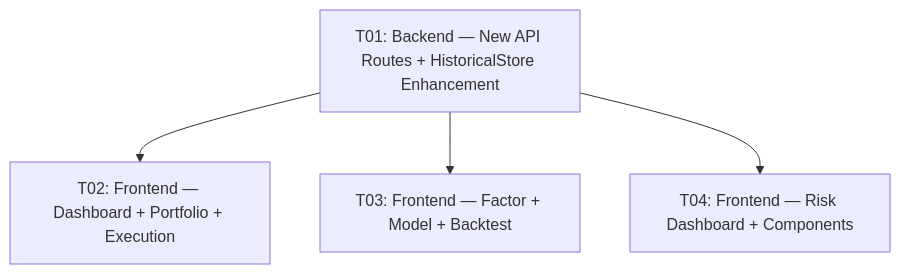
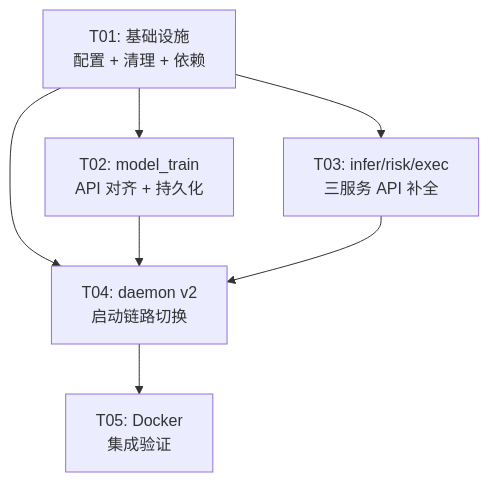
One commit to AndrewMa1992/quant-ai-trader changed the fourth of 4 diagrams in docs/system_design.md. Above: the diagram before and after it, drawn with Mermaid. The commit also changed other lines of this file and 2 other files, not shown here.

````diff
--- a/docs/system_design.md
+++ b/docs/system_design.md
@@ -549,11 +815,15 @@
 ```mermaid
 graph TD
-    T01["T01: Backend — New API Routes + HistoricalStore Enhancement"]
-    T02["T02: Frontend — Dashboard + Portfolio + Execution"]
-    T03["T03: Frontend — Factor + Model + Backtest"]
-    T04["T04: Frontend — Risk Dashboard + Components"]
+    T01["T01: 基础设施<br/>配置 + 清理 + 依赖"]
+    T02["T02: model_train<br/>API 对齐 + 持久化"]
+    T03["T03: infer/risk/exec<br/>三服务 API 补全"]
+    T04["T04: daemon v2<br/>启动链路切换"]
+    T05["T05: Docker<br/>集成验证"]
 
     T01 --> T02
     T01 --> T03
     T01 --> T04
+    T02 --> T04
+    T03 --> T04
+    T04 --> T05
 ```
````
